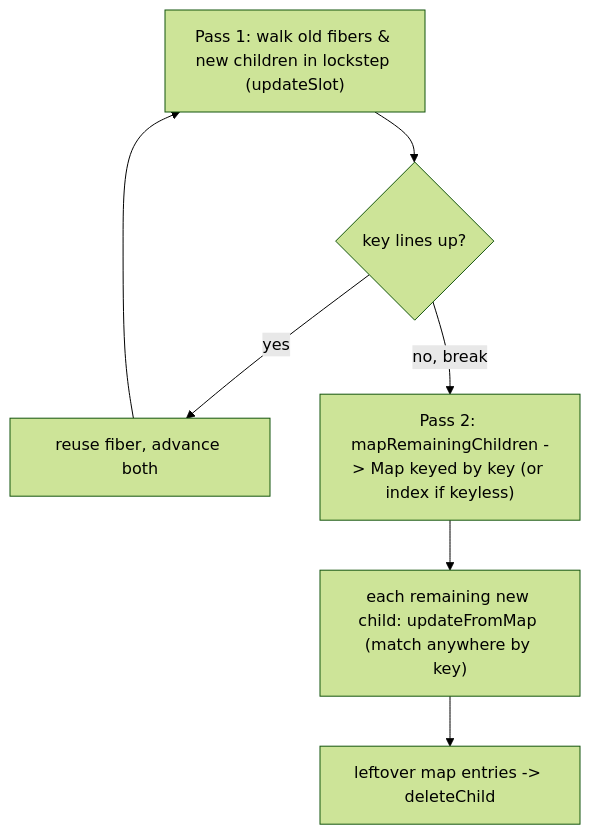
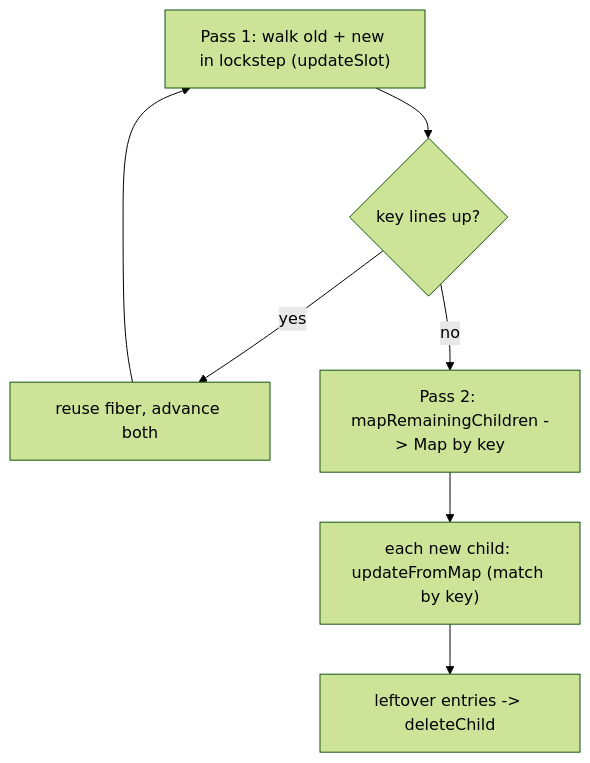
Before and after one commit to ashishxcode/frontend-internals: the second of 2 diagrams in packages/content/content/06-reconciliation.mdx, drawn with Mermaid (forest theme). The commit also changed other lines of this file and 34 other files, not shown here.

````diff
--- a/packages/content/content/06-reconciliation.mdx
+++ b/packages/content/content/06-reconciliation.mdx
@@ -112,8 +78,8 @@
 ```mermaid
 flowchart TD
-  p1["Pass 1: walk old fibers & new children in lockstep (updateSlot)"] --> brk{key lines up?}
+  p1["Pass 1: walk old + new in lockstep (updateSlot)"] --> brk{key lines up?}
   brk -->|yes| reuse[reuse fiber, advance both] --> p1
-  brk -->|no, break| p2["Pass 2: mapRemainingChildren -> Map keyed by key (or index if keyless)"]
-  p2 --> match["each remaining new child: updateFromMap (match anywhere by key)"]
-  match --> del["leftover map entries -> deleteChild"]
+  brk -->|no| p2["Pass 2: mapRemainingChildren -> Map by key"]
+  p2 --> match["each new child: updateFromMap (match by key)"]
+  match --> del["leftover entries -> deleteChild"]
 ```
````
